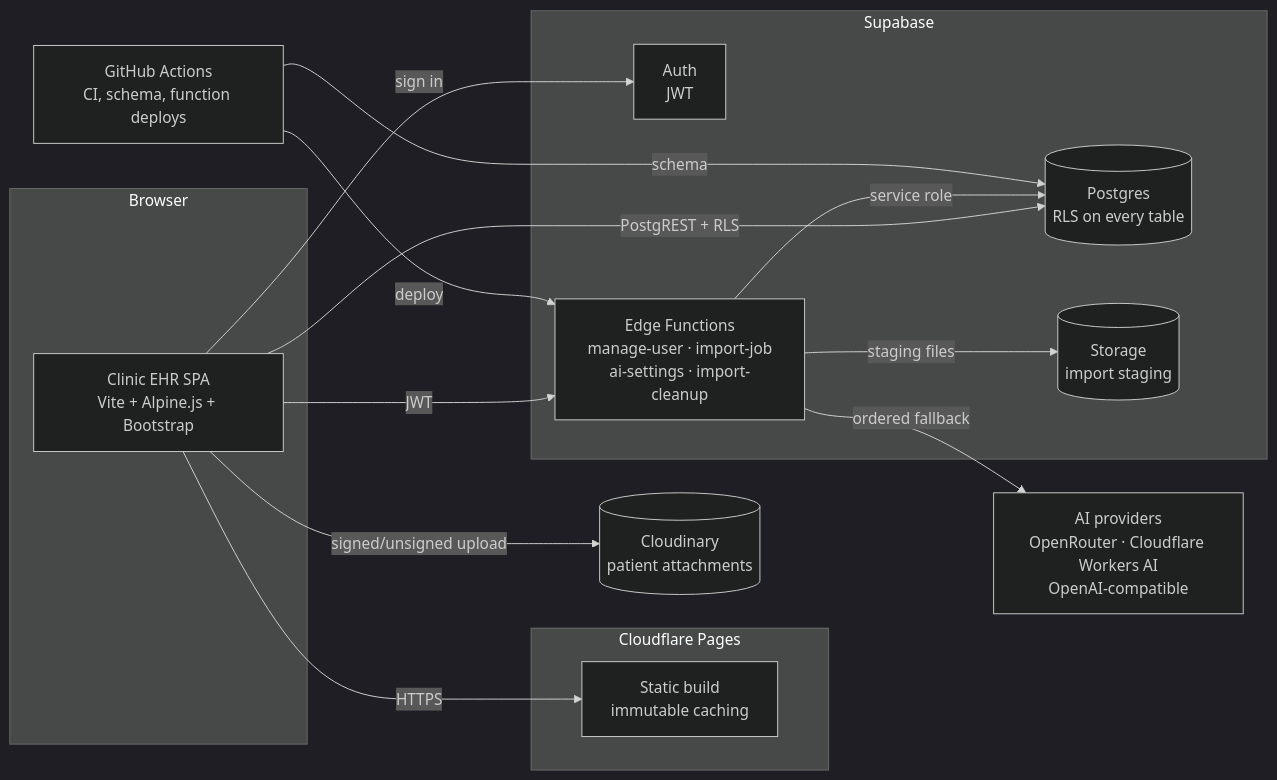
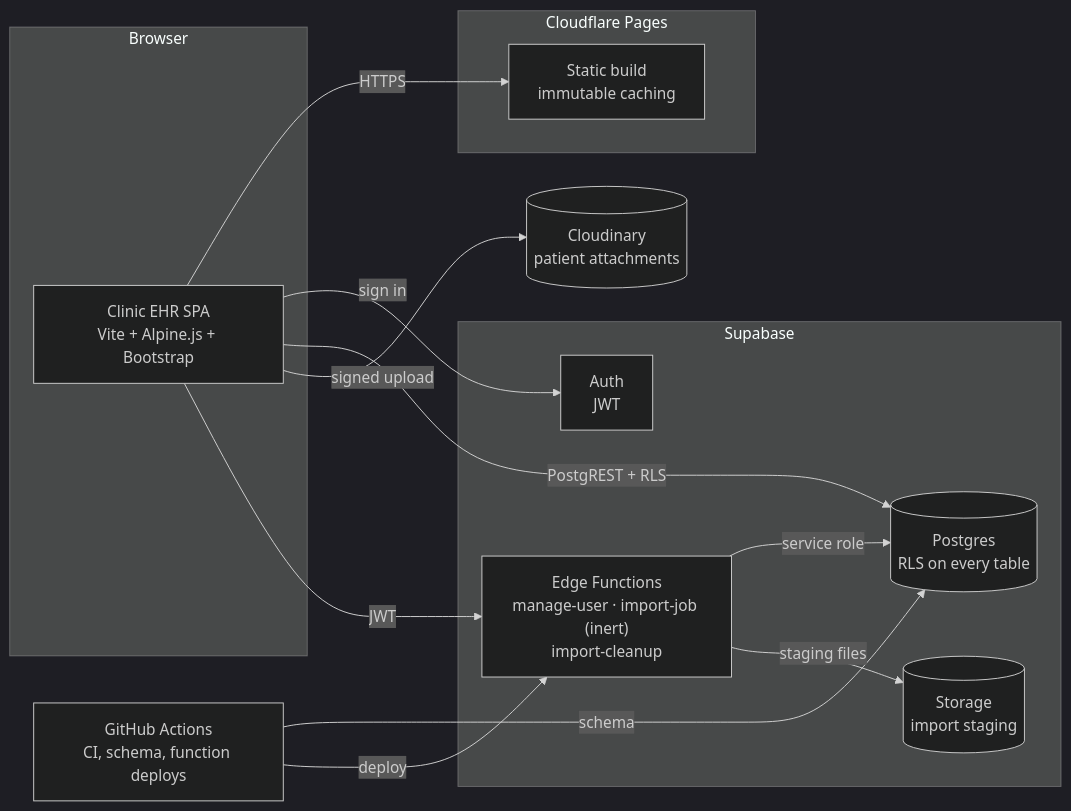
One commit to YossefKhalil/Clinic-EHR-System changed the diagram in README.md. Above: the diagram before and after it, drawn with Mermaid (dark theme). The commit also changed other lines of this file and 54 other files, not shown here.

````diff
--- a/README.md
+++ b/README.md
@@ -154,32 +146,30 @@
 ```mermaid
 flowchart LR
     subgraph Browser["Browser"]
         SPA["Clinic EHR SPA<br/>Vite + Alpine.js + Bootstrap"]
     end
 
     subgraph Cloudflare["Cloudflare Pages"]
         CDN["Static build<br/>immutable caching"]
     end
 
     subgraph Supabase["Supabase"]
         Auth["Auth<br/>JWT"]
         DB[("Postgres<br/>RLS on every table")]
         Storage[("Storage<br/>import staging")]
-        Functions["Edge Functions<br/>manage-user · import-job<br/>ai-settings · import-cleanup"]
+        Functions["Edge Functions<br/>manage-user · import-job (inert)<br/>import-cleanup"]
     end
 
     Cloudinary[("Cloudinary<br/>patient attachments")]
-    Providers["AI providers<br/>OpenRouter · Cloudflare Workers AI<br/>OpenAI-compatible"]
     Actions["GitHub Actions<br/>CI, schema, function deploys"]
 
     SPA -->|HTTPS| CDN
     SPA -->|sign in| Auth
     SPA -->|PostgREST + RLS| DB
-    SPA -->|signed/unsigned upload| Cloudinary
+    SPA -->|signed upload| Cloudinary
     SPA -->|JWT| Functions
     Functions -->|service role| DB
     Functions -->|staging files| Storage
-    Functions -->|ordered fallback| Providers
     Actions -->|schema| DB
     Actions -->|deploy| Functions
 ```
````
